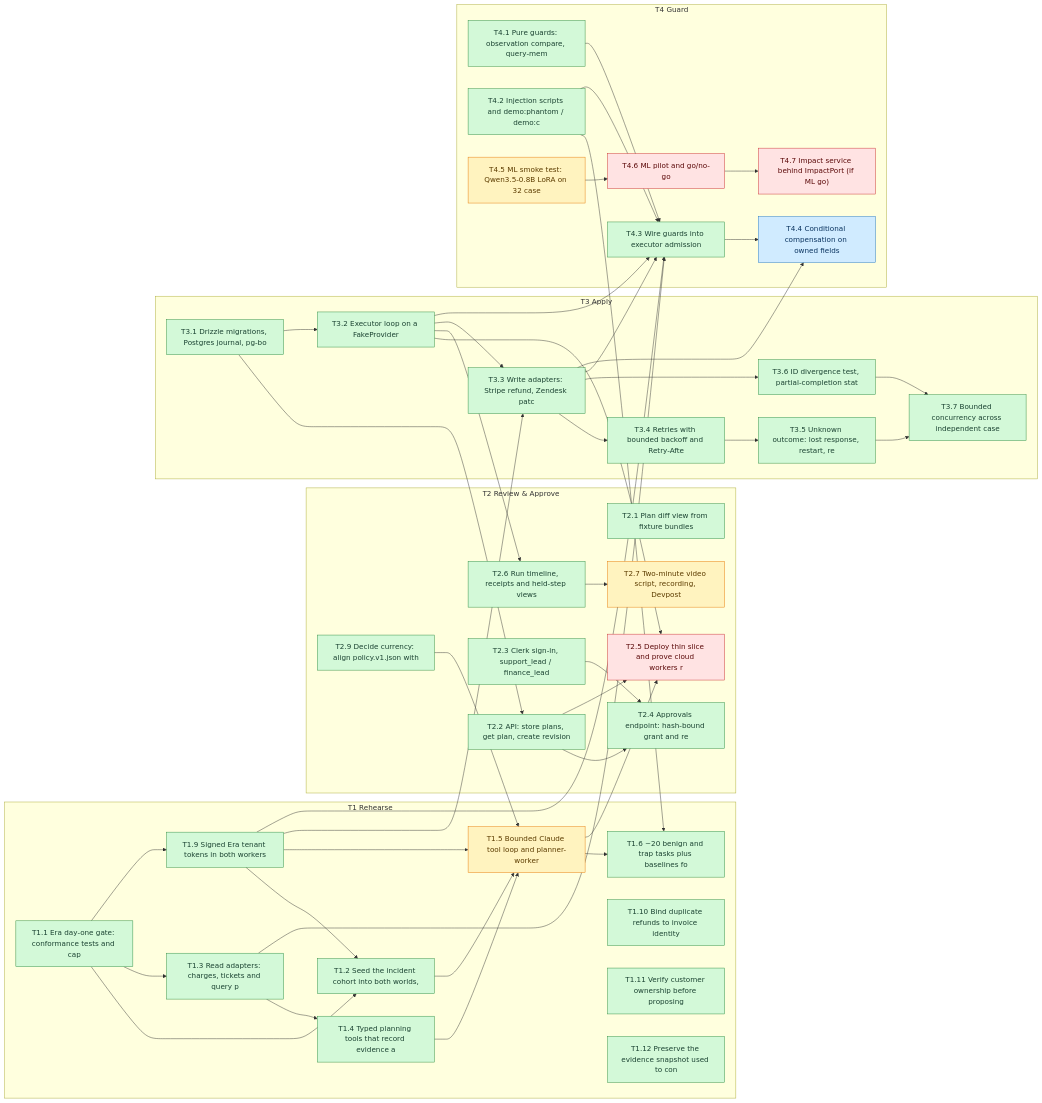
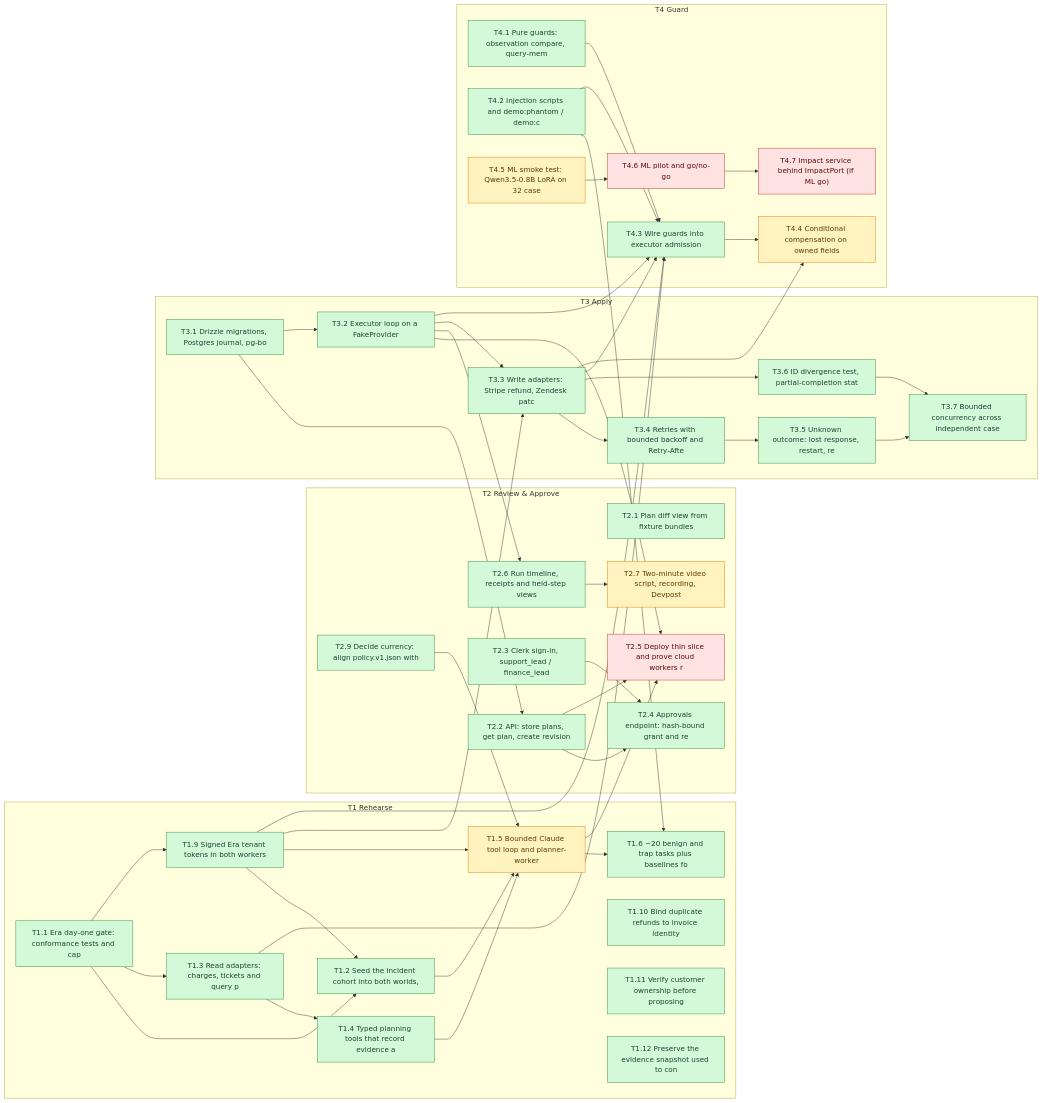
The diagram in BLOCKERS.md (SoroushRF/Rehearsal), drawn with Mermaid before and after one commit. The commit also changed other lines of this file, not shown here.

Commit message:
Update blocker board

```diff
--- a/BLOCKERS.md
+++ b/BLOCKERS.md
@@ -123,7 +123,7 @@
     T4_1["T4.1 Pure guards: observation compare, query-mem"]:::done
     T4_2["T4.2 Injection scripts and demo:phantom / demo:c"]:::done
     T4_3["T4.3 Wire guards into executor admission"]:::done
-    T4_4["T4.4 Conditional compensation on owned fields"]:::review
+    T4_4["T4.4 Conditional compensation on owned fields"]:::ready
     T4_5["T4.5 ML smoke test: Qwen3.5-0.8B LoRA on 32 case"]:::ready
     T4_6["T4.6 ML pilot and go/no-go"]:::blocked
     T4_7["T4.7 Impact service behind ImpactPort (if ML go)"]:::blocked
```
